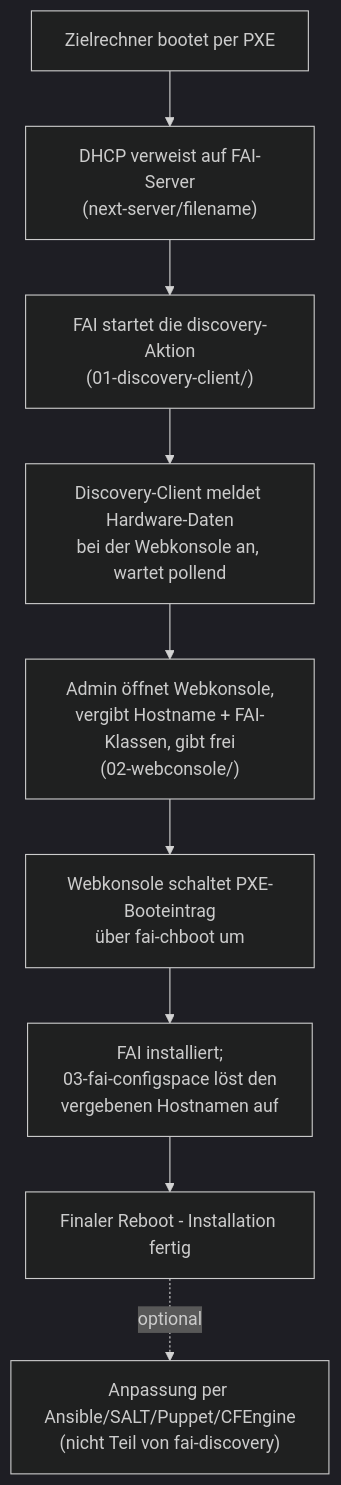
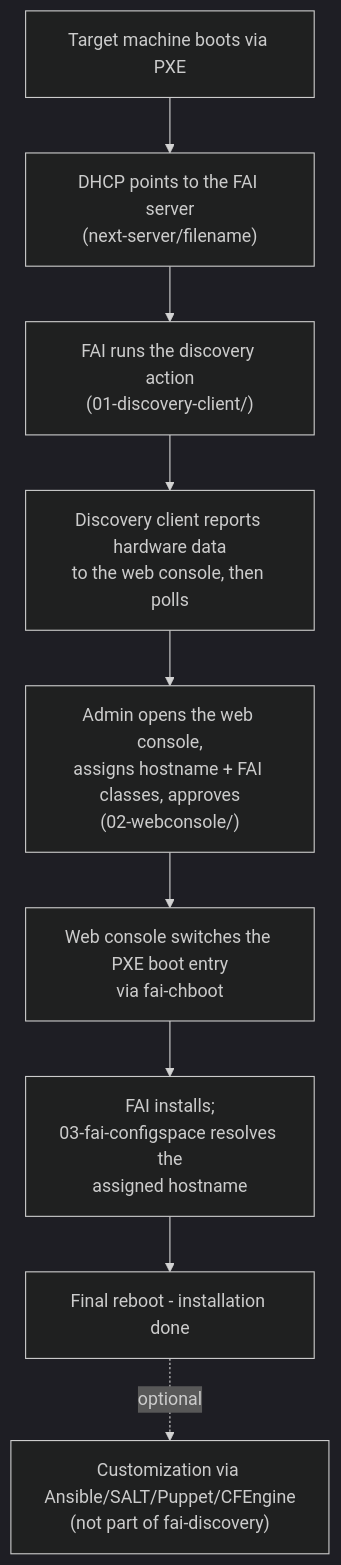
One commit to mccologne195/fai-discovery changed the diagram in docs/architecture.md. Above: the diagram before and after it, drawn with Mermaid (dark theme). The commit also changed other lines of this file and 7 other files, not shown here.

````diff
--- a/docs/architecture.md
+++ b/docs/architecture.md
@@ -12,11 +12,11 @@
 ```mermaid
 flowchart TD
-    A["Zielrechner bootet per PXE"] --> B["DHCP verweist auf FAI-Server<br/>(next-server/filename)"]
-    B --> C["FAI startet die discovery-Aktion<br/>(01-discovery-client/)"]
-    C --> D["Discovery-Client meldet Hardware-Daten<br/>bei der Webkonsole an, wartet pollend"]
-    D --> E["Admin öffnet Webkonsole,<br/>vergibt Hostname + FAI-Klassen, gibt frei<br/>(02-webconsole/)"]
-    E --> F["Webkonsole schaltet PXE-Booteintrag<br/>über fai-chboot um"]
-    F --> G["FAI installiert;<br/>03-fai-configspace löst den<br/>vergebenen Hostnamen auf"]
-    G --> H["Finaler Reboot - Installation fertig"]
-    H -.optional.-> I["Anpassung per Ansible/SALT/Puppet/CFEngine<br/>(nicht Teil von fai-discovery)"]
+    A["Target machine boots via PXE"] --> B["DHCP points to the FAI server<br/>(next-server/filename)"]
+    B --> C["FAI runs the discovery action<br/>(01-discovery-client/)"]
+    C --> D["Discovery client reports hardware data<br/>to the web console, then polls"]
+    D --> E["Admin opens the web console,<br/>assigns hostname + FAI classes, approves<br/>(02-webconsole/)"]
+    E --> F["Web console switches the PXE boot entry<br/>via fai-chboot"]
+    F --> G["FAI installs;<br/>03-fai-configspace resolves the<br/>assigned hostname"]
+    G --> H["Final reboot - installation done"]
+    H -.optional.-> I["Customization via Ansible/SALT/Puppet/CFEngine<br/>(not part of fai-discovery)"]
 ```
````
